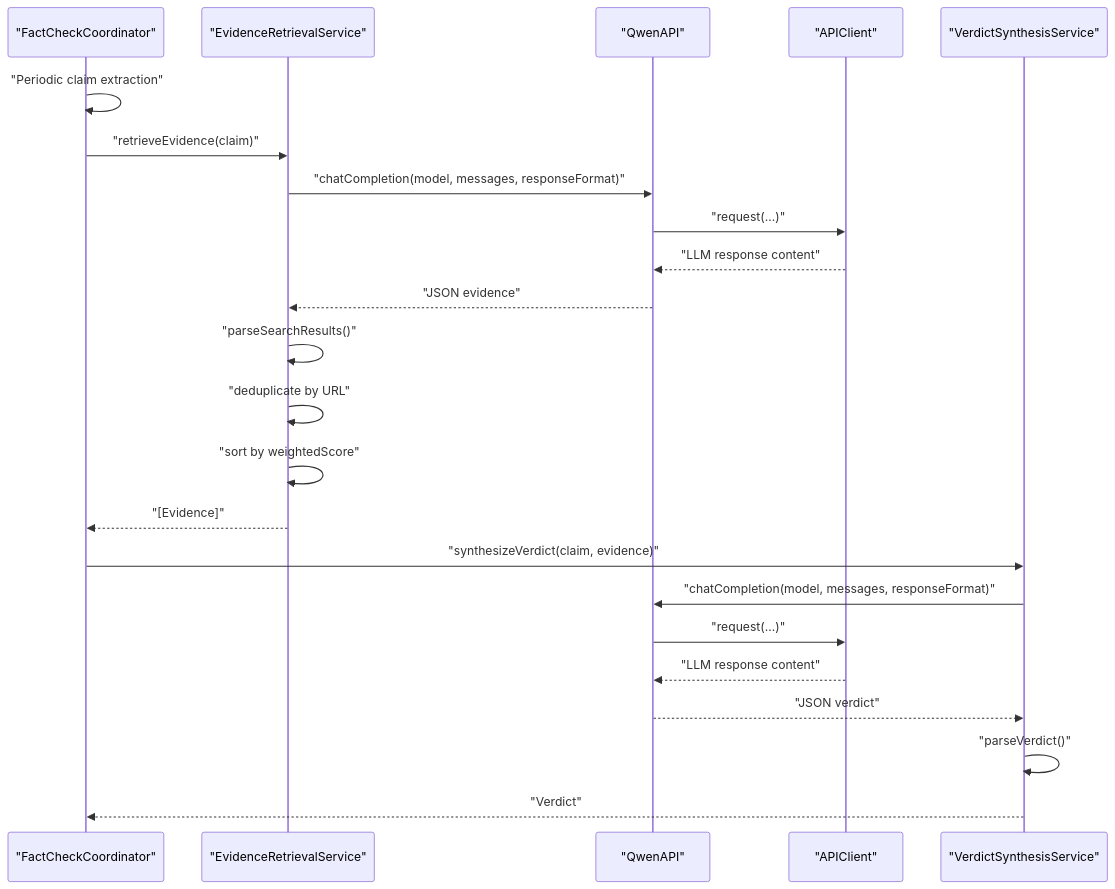
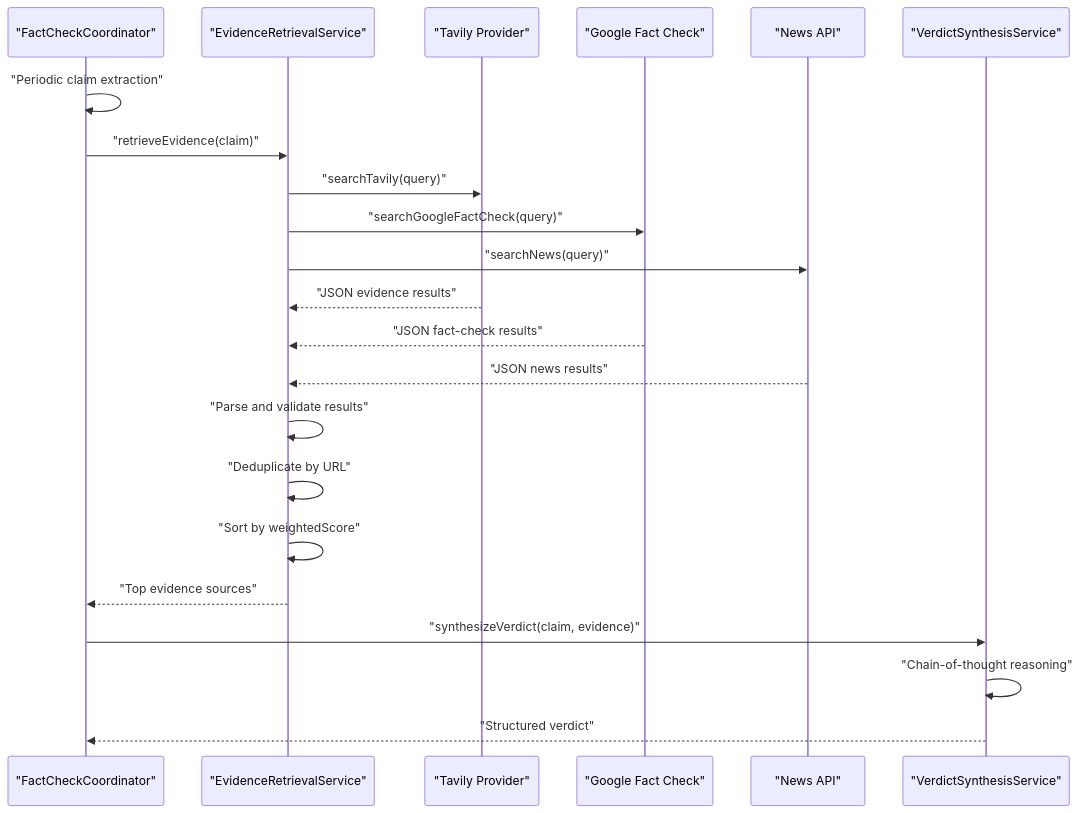
One commit to alexandreybasta-cyber/factshield-ios changed the second of 4 diagrams in .qoder/repowiki/en/content/Core Services/Evidence Retrieval.md. Above: the diagram before and after it, drawn with Mermaid. The commit also changed other lines of this file and 97 other files, not shown here.

````diff
--- a/.qoder/repowiki/en/content/Core Services/Evidence Retrieval.md
+++ b/.qoder/repowiki/en/content/Core Services/Evidence Retrieval.md
@@ -107,25 +200,24 @@
 ```mermaid
 sequenceDiagram
 participant FC as "FactCheckCoordinator"
 participant ER as "EvidenceRetrievalService"
-participant QA as "QwenAPI"
-participant AC as "APIClient"
+participant TAV as "Tavily Provider"
+participant GFC as "Google Fact Check"
+participant NEWS as "News API"
 participant VS as "VerdictSynthesisService"
 FC->>FC : "Periodic claim extraction"
 FC->>ER : "retrieveEvidence(claim)"
-ER->>QA : "chatCompletion(model, messages, responseFormat)"
-QA->>AC : "request(...)"
-AC-->>QA : "LLM response content"
-QA-->>ER : "JSON evidence"
-ER->>ER : "parseSearchResults()"
-ER->>ER : "deduplicate by URL"
-ER->>ER : "sort by weightedScore"
-ER-->>FC : "[Evidence]"
+ER->>TAV : "searchTavily(query)"
+ER->>GFC : "searchGoogleFactCheck(query)"
+ER->>NEWS : "searchNews(query)"
+TAV-->>ER : "JSON evidence results"
+GFC-->>ER : "JSON fact-check results"
+NEWS-->>ER : "JSON news results"
+ER->>ER : "Parse and validate results"
+ER->>ER : "Deduplicate by URL"
+ER->>ER : "Sort by weightedScore"
+ER-->>FC : "Top evidence sources"
 FC->>VS : "synthesizeVerdict(claim, evidence)"
-VS->>QA : "chatCompletion(model, messages, responseFormat)"
-QA->>AC : "request(...)"
-AC-->>QA : "LLM response content"
-QA-->>VS : "JSON verdict"
-VS->>VS : "parseVerdict()"
-VS-->>FC : "Verdict"
+VS->>VS : "Chain-of-thought reasoning"
+VS-->>FC : "Structured verdict"
 ```
````
